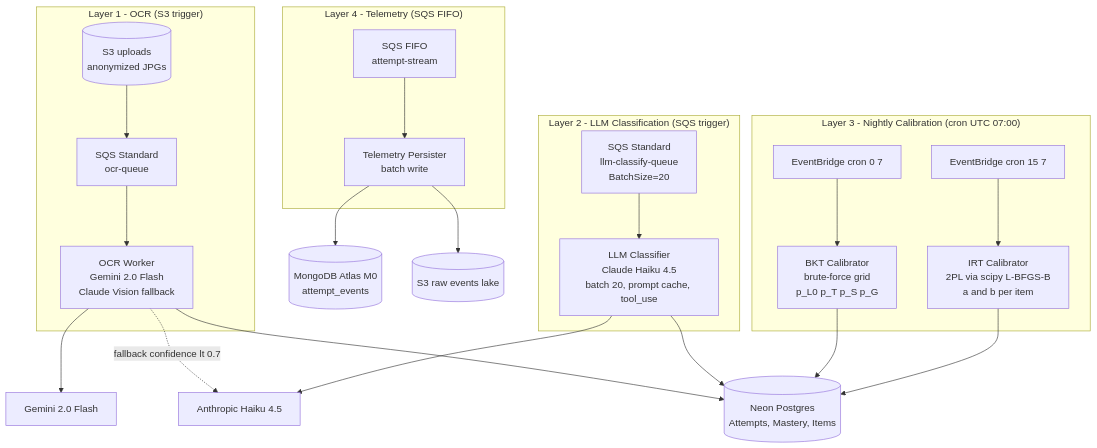
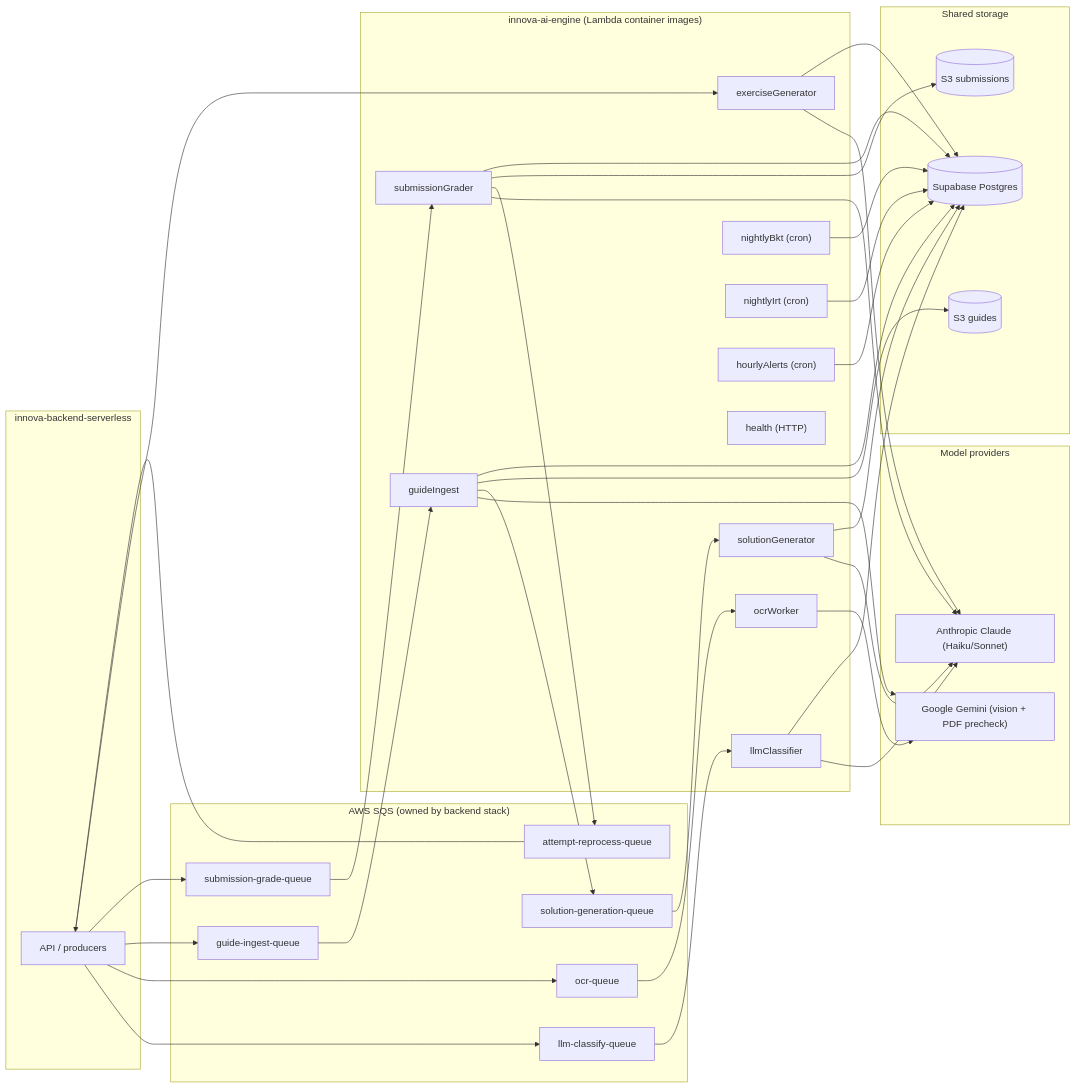
The diagram in README.md (vruizz22/innova-ai-engine), drawn with Mermaid before and after one commit. The commit also changed other lines of this file, not shown here.

````diff
--- a/README.md
+++ b/README.md
@@ -67,47 +54,50 @@
 ```mermaid
-flowchart TB
-  subgraph L1["Layer 1 - OCR (S3 trigger)"]
-    S3_UP[("S3 uploads\nanonymized JPGs")]
-    SQS_OCR["SQS Standard\nocr-queue"]
-    OCW["OCR Worker\nGemini 2.0 Flash\nClaude Vision fallback"]
-    S3_UP --> SQS_OCR --> OCW
+flowchart LR
+  subgraph BACK["innova-backend-serverless"]
+    API["API / producers"]
   end
 
-  subgraph L2["Layer 2 - LLM Classification (SQS trigger)"]
-    SQS_LLM["SQS Standard\nllm-classify-queue\nBatchSize=20"]
-    LCW["LLM Classifier\nClaude Haiku 4.5\nbatch 20, prompt cache, tool_use"]
-    SQS_LLM --> LCW
+  subgraph SQS["AWS SQS (owned by backend stack)"]
+    LLMQ["llm-classify-queue"]
+    OCRQ["ocr-queue"]
+    GINQ["guide-ingest-queue"]
+    SOLQ["solution-generation-queue"]
+    SUBQ["submission-grade-queue"]
+    REPRO["attempt-reprocess-queue"]
   end
 
-  subgraph L3["Layer 3 - Nightly Calibration (cron UTC 07:00)"]
-    CRON_BKT["EventBridge cron 0 7"]
-    CRON_IRT["EventBridge cron 15 7"]
-    BKT_CAL["BKT Calibrator\nbrute-force grid\np_L0 p_T p_S p_G"]
-    IRT_CAL["IRT Calibrator\n2PL via scipy L-BFGS-B\na and b per item"]
-    CRON_BKT --> BKT_CAL
-    CRON_IRT --> IRT_CAL
+  subgraph ENGINE["innova-ai-engine (Lambda container images)"]
+    LCW["llmClassifier"]
+    OCW["ocrWorker"]
+    GIW["guideIngest"]
+    SGW["solutionGenerator"]
+    SUBW["submissionGrader"]
+    EXW["exerciseGenerator"]
+    BKTW["nightlyBkt (cron)"]
+    IRTW["nightlyIrt (cron)"]
+    ALW["hourlyAlerts (cron)"]
+    HLT["health (HTTP)"]
   end
 
-  subgraph L4["Layer 4 - Telemetry (SQS FIFO)"]
-    SQS_FIFO["SQS FIFO\nattempt-stream"]
-    TPW["Telemetry Persister\nbatch write"]
-    SQS_FIFO --> TPW
+  subgraph EXT["Model providers"]
+    ANTH["Anthropic Claude (Haiku/Sonnet)"]
+    GEM["Google Gemini (vision + PDF precheck)"]
   end
 
-  PG[("Neon Postgres\nAttempts, Mastery, Items")]
-  MONGO[("MongoDB Atlas M0\nattempt_events")]
-  S3L[("S3 raw events lake")]
+  subgraph STORE["Shared storage"]
+    PG[("Supabase Postgres")]
+    S3G[("S3 guides")]
+    S3S[("S3 submissions")]
+  end
 
-  EXT_ANTH["Anthropic Haiku 4.5"]
-  EXT_GEM["Gemini 2.0 Flash"]
-
-  OCW --> EXT_GEM
-  OCW -.->|fallback confidence lt 0.7| EXT_ANTH
-  OCW --> PG
-  LCW --> EXT_ANTH
-  LCW --> PG
-  BKT_CAL --> PG
-  IRT_CAL --> PG
-  TPW --> MONGO
-  TPW --> S3L
+  API --> LLMQ --> LCW --> ANTH
+  API --> OCRQ --> OCW --> GEM
+  API --> GINQ --> GIW --> GEM
+  GIW --> SOLQ --> SGW --> ANTH
+  API --> SUBQ --> SUBW --> ANTH
+  SUBW --> REPRO --> API
+  API --> EXW --> ANTH
+  GIW --> S3G
+  SUBW --> S3S
+  LCW & GIW & SGW & SUBW & EXW & BKTW & IRTW & ALW --> PG
 ```
````
